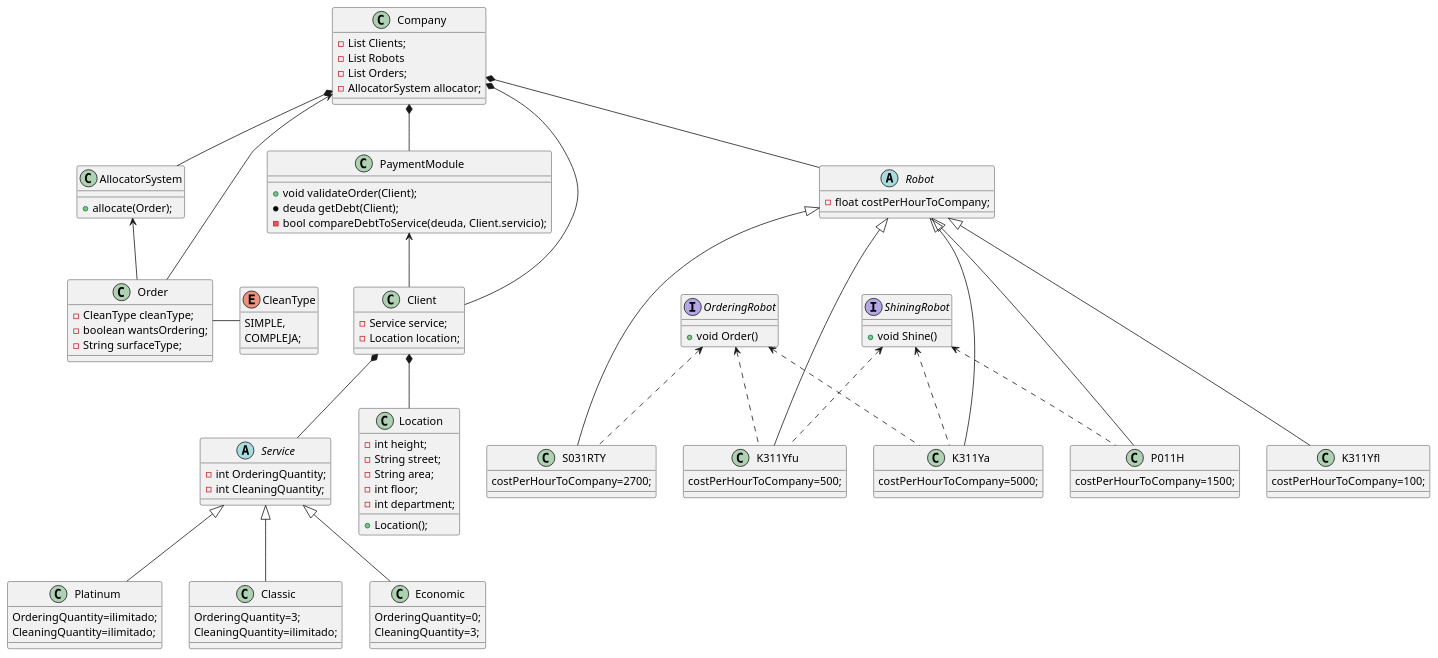
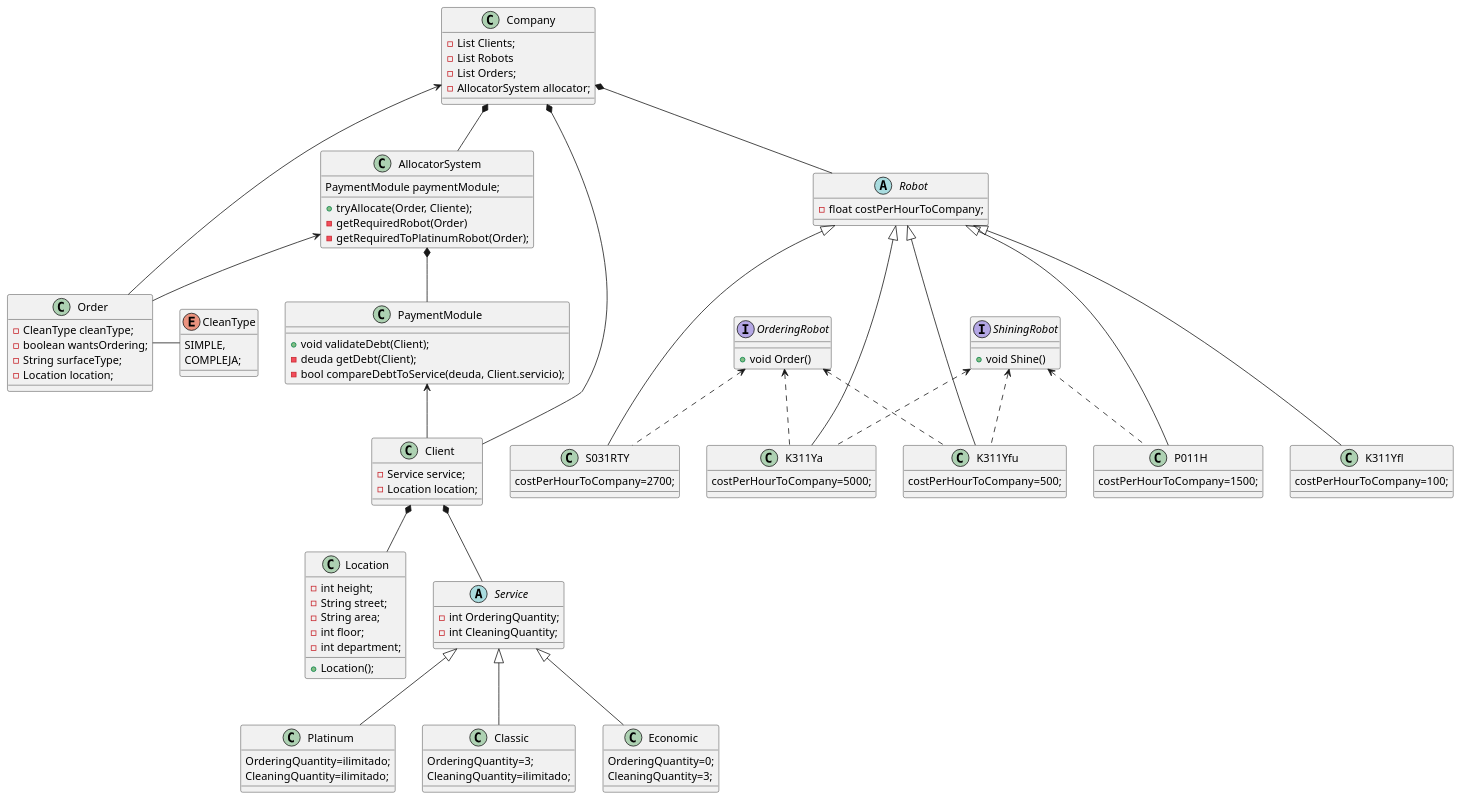
Before and after one commit to octex/tp-progIII-UTN-TSSI: the diagram in src/main/Docs/Robotitos.puml, drawn with PlantUML.

```diff
--- a/src/main/Docs/Robotitos.puml
+++ b/src/main/Docs/Robotitos.puml
@@ -1,119 +1,124 @@
 @startuml
 'https://plantuml.com/class-diagram
 
 class Client {
     - Service service;
     - Location location;
 }
 
 class Location{
     - int height;
     - String street;
     - String area;
     - int floor;
     - int department;
     + Location();
 }
 abstract Robot{
     - float costPerHourToCompany;
 }
 class S031RTY{
 costPerHourToCompany=2700;
 }
 class K311Yfu{
 costPerHourToCompany=500;
 }
 class P011H{
 costPerHourToCompany=1500;
 }
 class K311Ya{
 costPerHourToCompany=5000;
 }
 class K311Yfl{
 costPerHourToCompany=100;
 }
 
 interface OrderingRobot{
     + void Order()
 }
 interface ShiningRobot{
     + void Shine()
 }
 
 abstract Service{
     - int OrderingQuantity;
     - int CleaningQuantity;
 }
 class Platinum{
 OrderingQuantity=ilimitado;
 CleaningQuantity=ilimitado;
 }
 class Classic{
 OrderingQuantity=3;
 CleaningQuantity=ilimitado;
 }
 
 class Economic{
 OrderingQuantity=0;
 CleaningQuantity=3;
 }
 
 class Company{
 - List Clients;
 - List Robots
 - List Orders;
 - AllocatorSystem allocator;
 }
 class Order{
     - CleanType cleanType;
     - boolean wantsOrdering;
     - String surfaceType;
+    - Location location;
 }
 enum CleanType{
     SIMPLE,
     COMPLEJA;
 }
 
 class AllocatorSystem{
+PaymentModule paymentModule;
 
-+allocate(Order);
++tryAllocate(Order, Cliente);
+-getRequiredRobot(Order)
+-getRequiredToPlatinumRobot(Order);
+
 }
 
 class PaymentModule{
-  +void validateOrder(Client);
-  *deuda getDebt(Client);
+  +void validateDebt(Client);
+  -deuda getDebt(Client);
   -bool compareDebtToService(deuda, Client.servicio);
 
 }
 
-Company*--PaymentModule
+AllocatorSystem*--PaymentModule
 PaymentModule<--Client
 Service <|-- Platinum
 Service <|-- Classic
 Service <|-- Economic
 
 Company *-- AllocatorSystem
 Company*-- Robot
 Company *-- Client
 Company <-- Order
 
 Robot <|--- K311Yfl
 Robot <|--- K311Yfu
 Robot <|--- P011H
 Robot <|--- K311Ya
 Robot <|--- S031RTY
 
 ShiningRobot <.. K311Yfu
 ShiningRobot <.. P011H
 ShiningRobot <.. K311Ya
 OrderingRobot <.. K311Yfu
 OrderingRobot <.. K311Ya
 OrderingRobot <.. S031RTY
 
 Client *-- Service
 Client *-- Location
 
 Order- CleanType
 
 AllocatorSystem <-- Order
 @enduml
```
